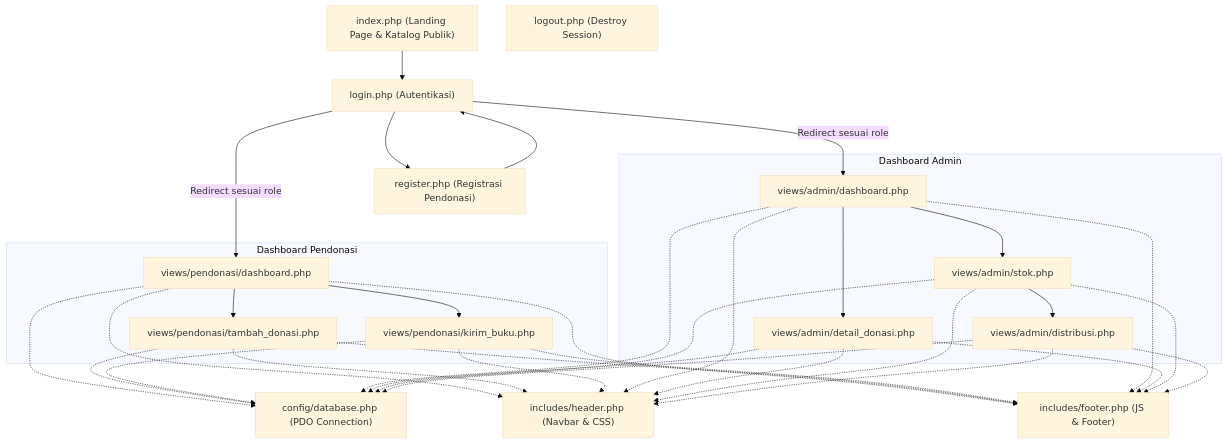
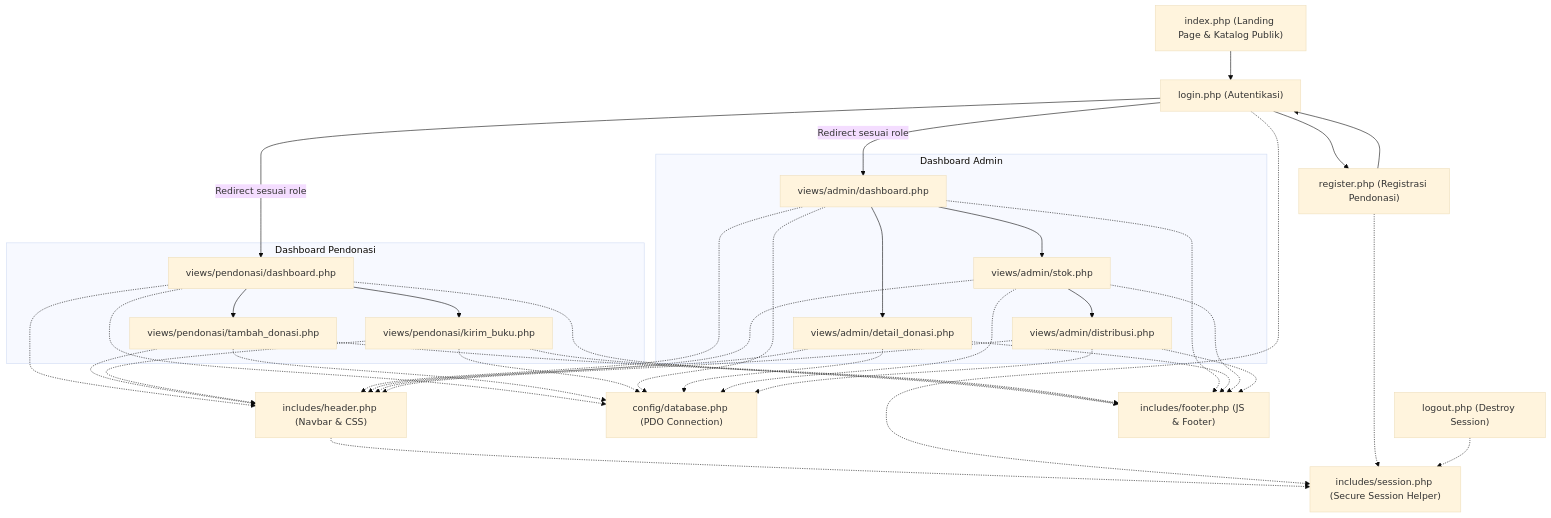
Before and after one commit to nexiusrl/sistem-donasi-buku: the third of 3 diagrams in README.md, drawn with Mermaid (base theme). The commit also changed other lines of this file and 8 other files, not shown here.

Commit message:
feat: implement secure session and cookie management and fix localhost db config

````diff
--- a/README.md
+++ b/README.md
@@ -215,50 +216,52 @@
 ```mermaid
 graph TD
     %% Entry Points
     index.php["index.php (Landing Page & Katalog Publik)"]
     login.php["login.php (Autentikasi)"]
     register.php["register.php (Registrasi Pendonasi)"]
     logout.php["logout.php (Destroy Session)"]
     
     %% Config & Includes
     db_config["config/database.php (PDO Connection)"]
+    session_config["includes/session.php (Secure Session Helper)"]
     header["includes/header.php (Navbar & CSS)"]
     footer["includes/footer.php (JS & Footer)"]
     
     %% Views Donator
     subgraph Views_Pendonasi [Dashboard Pendonasi]
         dashboard_p["views/pendonasi/dashboard.php"]
         tambah_d["views/pendonasi/tambah_donasi.php"]
         kirim_b["views/pendonasi/kirim_buku.php"]
     end
     
     %% Views Admin
     subgraph Views_Admin [Dashboard Admin]
         dashboard_a["views/admin/dashboard.php"]
         detail_d["views/admin/detail_donasi.php"]
         stok_a["views/admin/stok.php"]
         distribusi_a["views/admin/distribusi.php"]
     end
 
     %% Relations & Flow
     index.php --> login.php
     login.php --> register.php
     register.php --> login.php
     
     login.php -- Redirect sesuai role --> dashboard_p
     login.php -- Redirect sesuai role --> dashboard_a
     
     %% Pendonasi Flow
     dashboard_p --> tambah_d
     dashboard_p --> kirim_b
     
     %% Admin Flow
     dashboard_a --> detail_d
     dashboard_a --> stok_a
     stok_a --> distribusi_a
     
     %% Global inclusions
     dashboard_p & tambah_d & kirim_b & dashboard_a & detail_d & stok_a & distribusi_a -.-> db_config
     dashboard_p & tambah_d & kirim_b & dashboard_a & detail_d & stok_a & distribusi_a -.-> header
     dashboard_p & tambah_d & kirim_b & dashboard_a & detail_d & stok_a & distribusi_a -.-> footer
+    header & login.php & register.php & logout.php -.-> session_config
 ```
````
